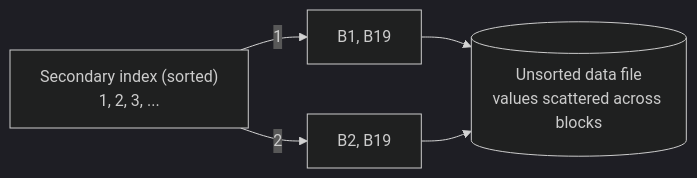
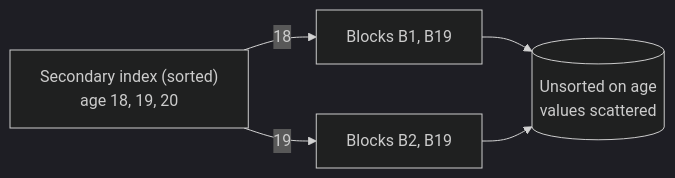
The seventh of 7 diagrams in dbms/14-indexing.md (aaryan-pradhan/core-cs-fundamentals), drawn with Mermaid (dark theme) before and after one commit. The commit also changed other lines of this file, not shown here.

````diff
--- a/dbms/14-indexing.md
+++ b/dbms/14-indexing.md
@@ -174,7 +112,7 @@
 ```mermaid
 flowchart LR
-  I["Secondary index (sorted)<br/>1, 2, 3, ..."] -- "1" --> L1["B1, B19"]
-  I -- "2" --> L2["B2, B19"]
-  L1 --> D[("Unsorted data file<br/>values scattered across blocks")]
+  I["Secondary index (sorted)<br/>age 18, 19, 20"] -- "18" --> L1["Blocks B1, B19"]
+  I -- "19" --> L2["Blocks B2, B19"]
+  L1 --> D[("Unsorted on age<br/>values scattered")]
   L2 --> D
 ```
````
